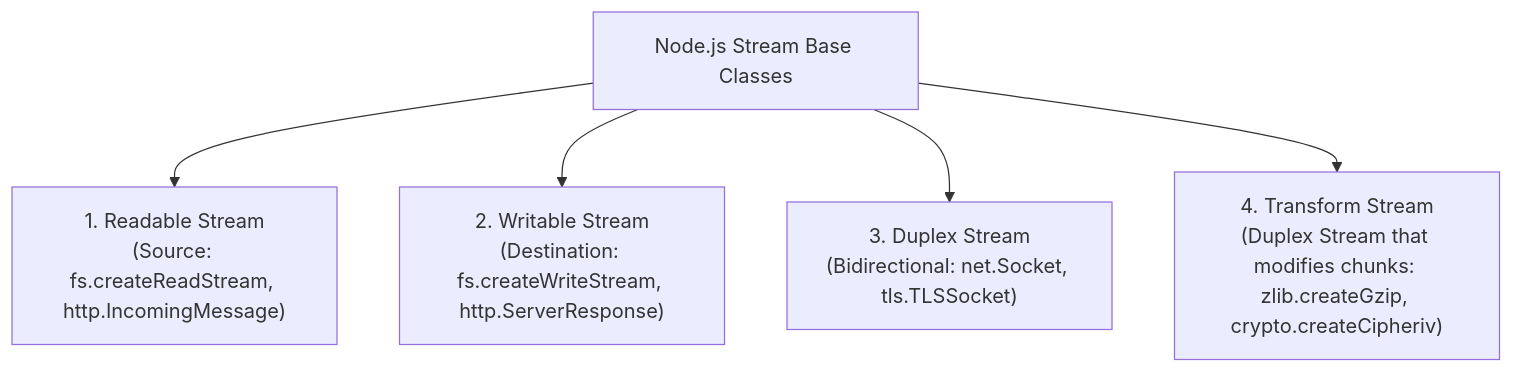
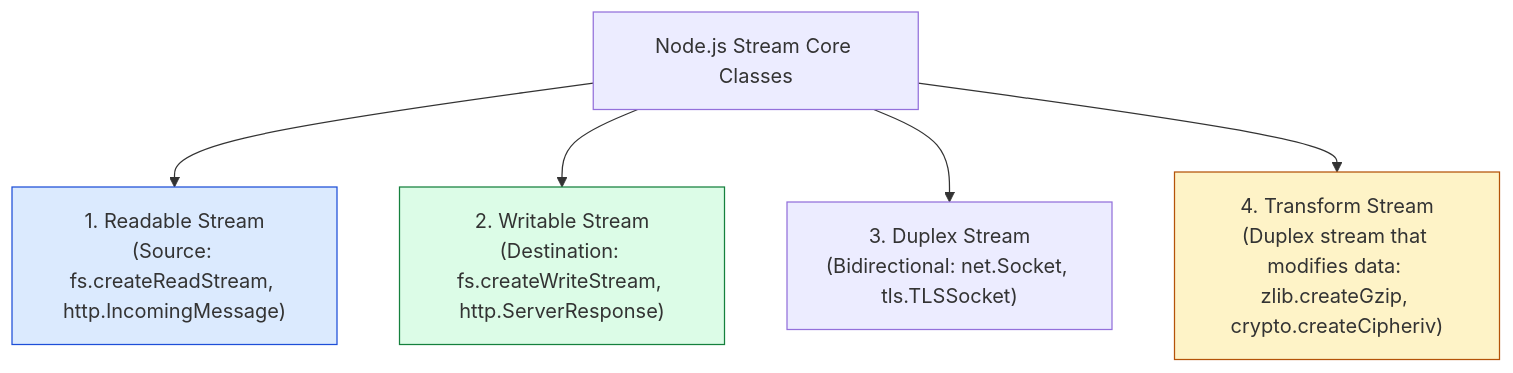
The first of 3 diagrams in nodejs-notes/10-streams-readable-writable.md (Amie-dev/engineering-playbook), drawn with Mermaid before and after one commit. The commit also changed other lines of this file and 31 other files, not shown here.

````diff
--- a/nodejs-notes/10-streams-readable-writable.md
+++ b/nodejs-notes/10-streams-readable-writable.md
@@ -13,7 +15,11 @@
 ```mermaid
-graph TD
-    StreamBase[Node.js Stream Base Classes] --> Readable["1. Readable Stream<br/>(Source: fs.createReadStream, http.IncomingMessage)"]
+flowchart TD
+    StreamBase[Node.js Stream Core Classes] --> Readable["1. Readable Stream<br/>(Source: fs.createReadStream, http.IncomingMessage)"]
     StreamBase --> Writable["2. Writable Stream<br/>(Destination: fs.createWriteStream, http.ServerResponse)"]
     StreamBase --> Duplex["3. Duplex Stream<br/>(Bidirectional: net.Socket, tls.TLSSocket)"]
-    StreamBase --> Transform["4. Transform Stream<br/>(Duplex Stream that modifies chunks: zlib.createGzip, crypto.createCipheriv)"]
+    StreamBase --> Transform["4. Transform Stream<br/>(Duplex stream that modifies data: zlib.createGzip, crypto.createCipheriv)"]
+
+    style Readable fill:#dbeafe,stroke:#1d4ed8
+    style Writable fill:#dcfce7,stroke:#15803d
+    style Transform fill:#fef3c7,stroke:#b45309
 ```
````
